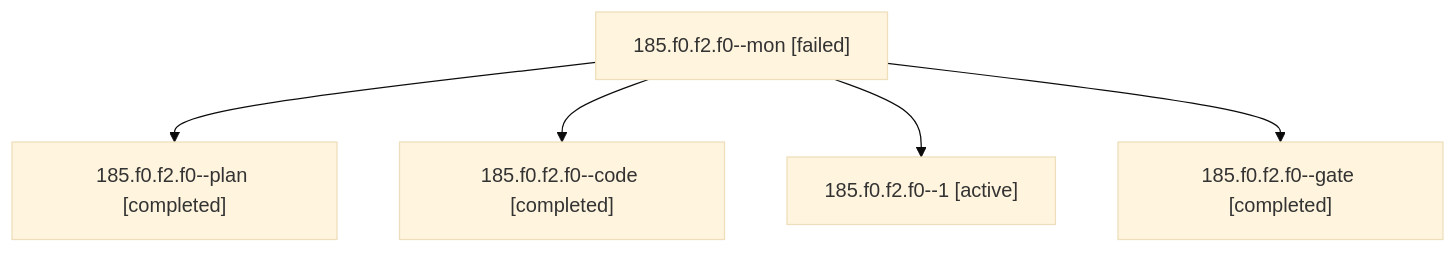
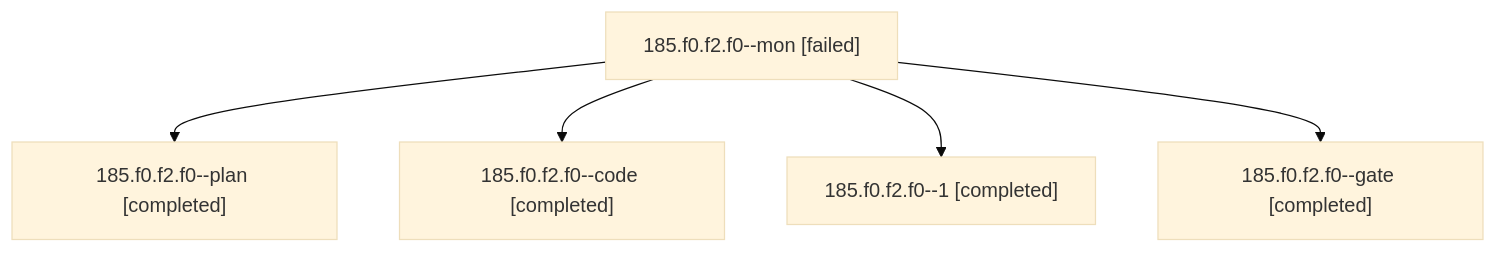
One commit to bobs-org/bob-cli--agents changed the diagram in sessions/bbugyi200.athena.185.f0.f2.f0.md. Above: the diagram before and after it, drawn with Mermaid (base theme). The commit also changed other lines of this file and 581 other files, not shown here.

````diff
--- a/sessions/bbugyi200.athena.185.f0.f2.f0.md
+++ b/sessions/bbugyi200.athena.185.f0.f2.f0.md
@@ -9,12 +9,12 @@
 ```mermaid
 flowchart TD
   n0["185.f0.f2.f0--mon [failed]"]
   n1["185.f0.f2.f0--plan [completed]"]
   n0 --> n1
   n2["185.f0.f2.f0--code [completed]"]
   n0 --> n2
-  n3["185.f0.f2.f0--1 [active]"]
+  n3["185.f0.f2.f0--1 [completed]"]
   n0 --> n3
   n4["185.f0.f2.f0--gate [completed]"]
   n0 --> n4
 ```
````
